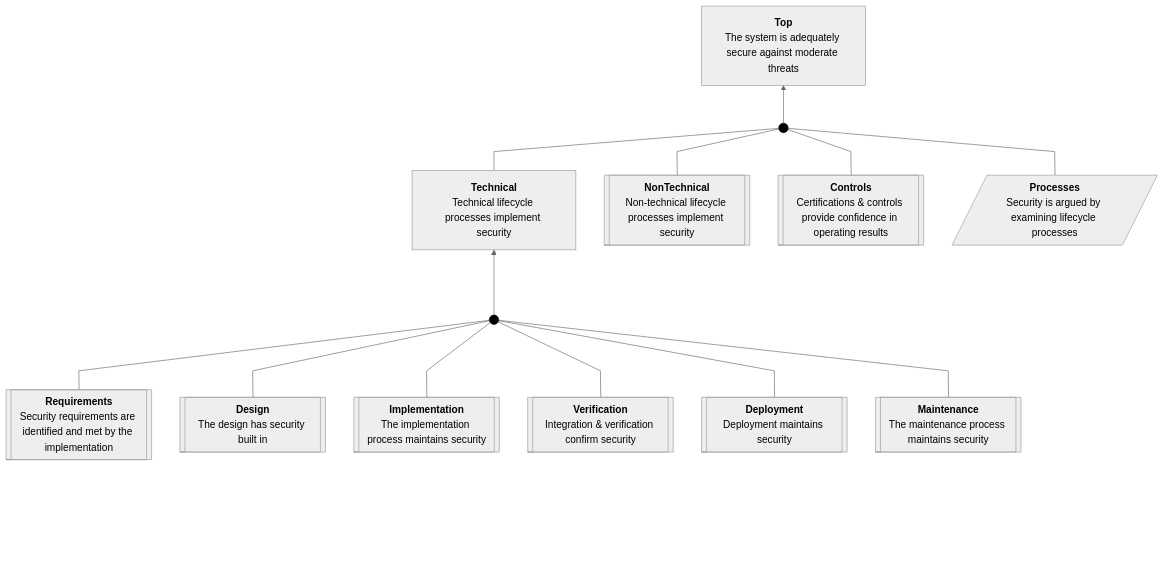
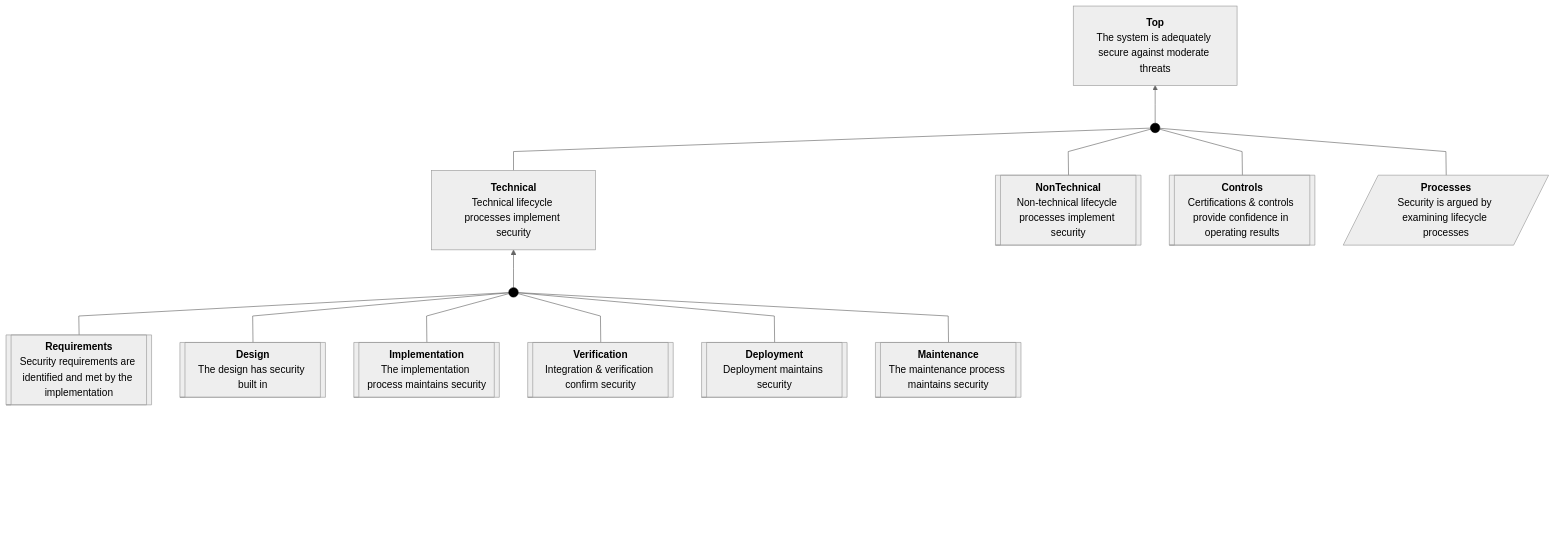
One commit to david-a-wheeler/verocase changed the diagram in tests/fixtures/badgeapp-top.sacm.mermaid.expected.md. Above: the diagram before and after it, drawn with Mermaid. The commit also changed 8 other files, not shown here.

Commit message:
Increase bottom padding by lengthening connector

````diff
--- a/tests/fixtures/badgeapp-top.sacm.mermaid.expected.md
+++ b/tests/fixtures/badgeapp-top.sacm.mermaid.expected.md
@@ -1,63 +1,63 @@
 ```mermaid
 ---
 config:
   theme: neutral
   flowchart:
     curve: linear
     htmlLabels: true
     rankSpacing: 60
     nodeSpacing: 45
     padding: 15
 ---
 flowchart BT
     classDef invisible opacity:0
     classDef sacmDot fill:#000,stroke:#000
     classDef connector fill:none,stroke:#cccccc,stroke-width:1px;
     classDef abstractClaim stroke-width:2px,stroke-dasharray: 5 5;
     Top["<b>Top</b><br>The system is adequately secure against moderate threats"]
     Processes[/"<b>Processes</b><br>Security is argued by examining lifecycle processes"/]
     Technical["<b>Technical</b><br>Technical lifecycle processes implement security"]
     NonTechnical[["<b>NonTechnical</b><br>Non-technical lifecycle processes implement security"]]
     Controls[["<b>Controls</b><br>Certifications & controls provide confidence in operating results"]]
     Requirements[["<b>Requirements</b><br>Security requirements are identified and met by the implementation"]]
     Design[["<b>Design</b><br>The design has security built in"]]
     Implementation[["<b>Implementation</b><br>The implementation process maintains security"]]
     Verification[["<b>Verification</b><br>Integration & verification confirm security"]]
     Deployment[["<b>Deployment</b><br>Deployment maintains security"]]
     Maintenance[["<b>Maintenance</b><br>The maintenance process maintains security"]]
     Dot1((" ")):::sacmDot
     Dot2((" ")):::sacmDot
     click Top "https://github.com/david-a-wheeler/verocase/blob/main/tests/fixtures/badgeapp-top.sacm.mermaid.expected.md#claim-top"
     click Processes "https://github.com/david-a-wheeler/verocase/blob/main/tests/fixtures/badgeapp-top.sacm.mermaid.expected.md#strategy-processes"
     click Technical "https://github.com/david-a-wheeler/verocase/blob/main/tests/fixtures/badgeapp-top.sacm.mermaid.expected.md#claim-technical"
     click NonTechnical "https://github.com/david-a-wheeler/verocase/blob/main/tests/fixtures/badgeapp-top.sacm.mermaid.expected.md#package-nontechnical"
     click Controls "https://github.com/david-a-wheeler/verocase/blob/main/tests/fixtures/badgeapp-top.sacm.mermaid.expected.md#package-controls"
     click Requirements "https://github.com/david-a-wheeler/verocase/blob/main/tests/fixtures/badgeapp-top.sacm.mermaid.expected.md#package-requirements"
     click Design "https://github.com/david-a-wheeler/verocase/blob/main/tests/fixtures/badgeapp-top.sacm.mermaid.expected.md#package-design"
     click Implementation "https://github.com/david-a-wheeler/verocase/blob/main/tests/fixtures/badgeapp-top.sacm.mermaid.expected.md#package-implementation"
     click Verification "https://github.com/david-a-wheeler/verocase/blob/main/tests/fixtures/badgeapp-top.sacm.mermaid.expected.md#package-verification"
     click Deployment "https://github.com/david-a-wheeler/verocase/blob/main/tests/fixtures/badgeapp-top.sacm.mermaid.expected.md#package-deployment"
     click Maintenance "https://github.com/david-a-wheeler/verocase/blob/main/tests/fixtures/badgeapp-top.sacm.mermaid.expected.md#package-maintenance"
 
-    BottomPadding1["<br/><br/><br/>"]:::invisible ~~~ Processes
-    BottomPadding2["<br/><br/><br/>"]:::invisible ~~~ NonTechnical
-    BottomPadding3["<br/><br/><br/>"]:::invisible ~~~ Controls
-    BottomPadding4["<br/><br/><br/>"]:::invisible ~~~ Requirements
-    BottomPadding5["<br/><br/><br/>"]:::invisible ~~~ Design
-    BottomPadding6["<br/><br/><br/>"]:::invisible ~~~ Implementation
-    BottomPadding7["<br/><br/><br/>"]:::invisible ~~~ Verification
-    BottomPadding8["<br/><br/><br/>"]:::invisible ~~~ Deployment
-    BottomPadding9["<br/><br/><br/>"]:::invisible ~~~ Maintenance
+    BottomPadding1["<br/><br/><br/>"]:::invisible ~~~~ Processes
+    BottomPadding2["<br/><br/><br/>"]:::invisible ~~~~ NonTechnical
+    BottomPadding3["<br/><br/><br/>"]:::invisible ~~~~ Controls
+    BottomPadding4["<br/><br/><br/>"]:::invisible ~~~~ Requirements
+    BottomPadding5["<br/><br/><br/>"]:::invisible ~~~~ Design
+    BottomPadding6["<br/><br/><br/>"]:::invisible ~~~~ Implementation
+    BottomPadding7["<br/><br/><br/>"]:::invisible ~~~~ Verification
+    BottomPadding8["<br/><br/><br/>"]:::invisible ~~~~ Deployment
+    BottomPadding9["<br/><br/><br/>"]:::invisible ~~~~ Maintenance
     Requirements --- Dot1
     Design --- Dot1
     Implementation --- Dot1
     Verification --- Dot1
     Deployment --- Dot1
     Maintenance --- Dot1
     Dot1 --> Technical
     Technical --- Dot2
     NonTechnical --- Dot2
     Controls --- Dot2
     Processes --- Dot2
     Dot2 --> Top
 ```
````
